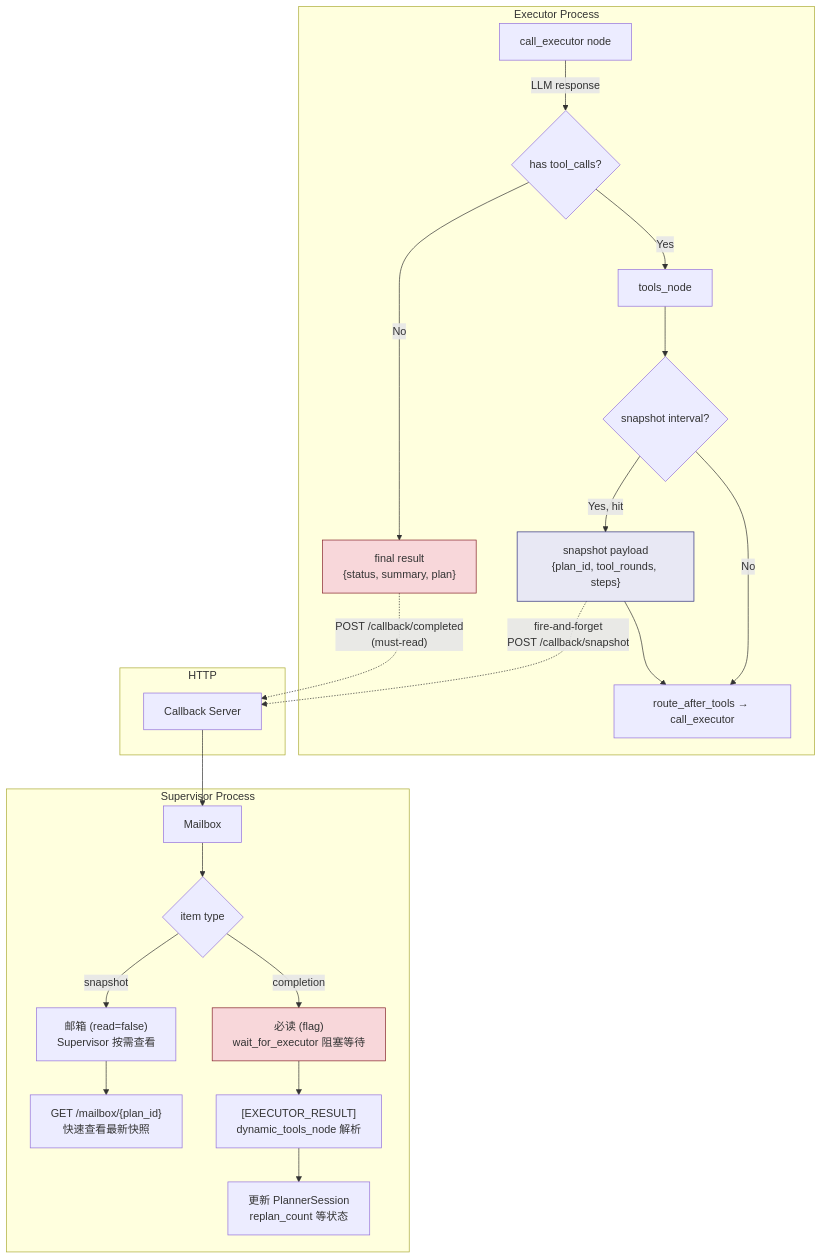
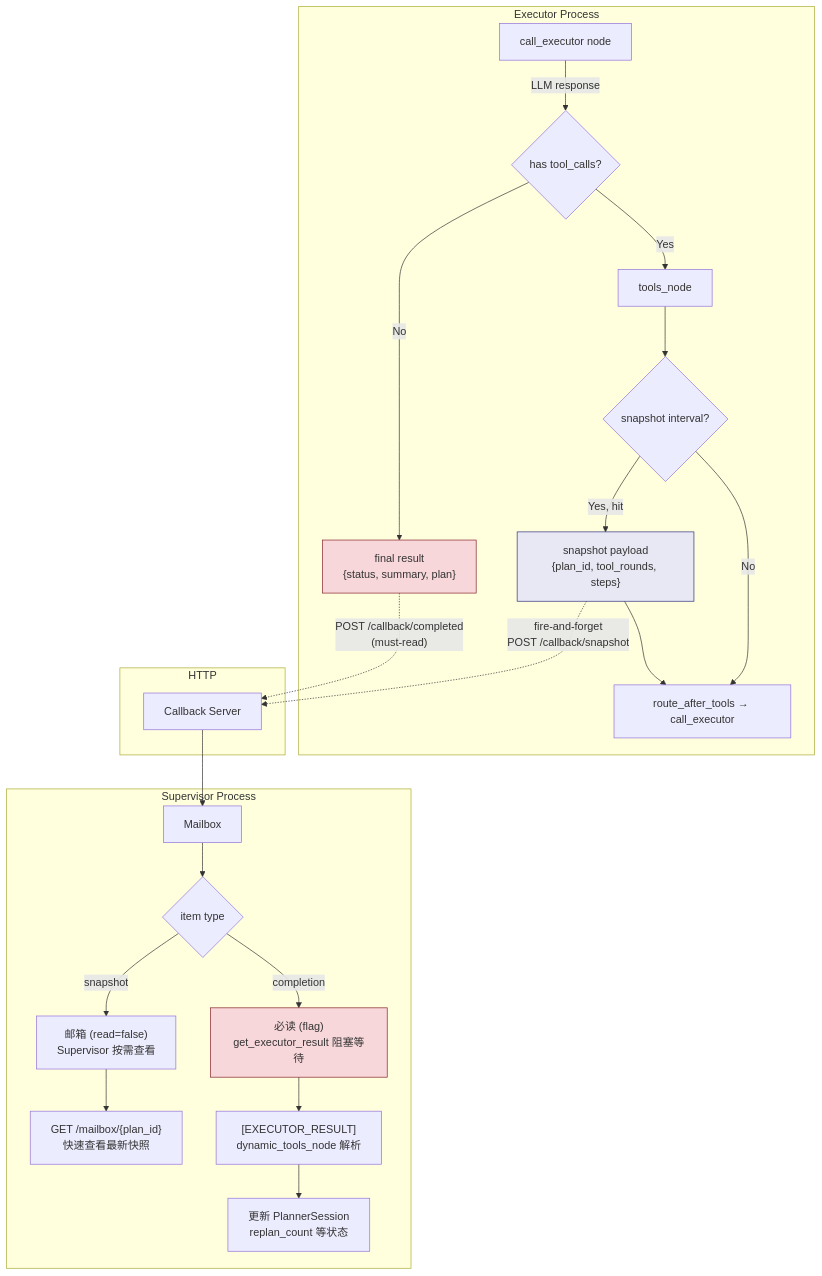
Before and after one commit to Tlaven/agent-triad: the ninth of 9 diagrams in docs/v3-architecture-diagrams.md, drawn with Mermaid. The commit also changed other lines of this file and 10 other files, not shown here.

First line of the commit message:
feat: V3 lifecycle integration + architecture gap remediation (G1-G7)

````diff
--- a/docs/v3-architecture-diagrams.md
+++ b/docs/v3-architecture-diagrams.md
@@ -301,31 +302,31 @@
 ```mermaid
 flowchart TD
     subgraph Executor Process
         A[call_executor node] -->|LLM response| B{has tool_calls?}
         B -->|Yes| C[tools_node]
         C --> D{snapshot interval?}
         D -->|Yes, hit| E["snapshot payload<br/>{plan_id, tool_rounds, steps}"]
         D -->|No| F[route_after_tools → call_executor]
         B -->|No| G["final result<br/>{status, summary, plan}"]
         E --> F
     end
 
     subgraph HTTP
         E -.->|"fire-and-forget<br/>POST /callback/snapshot"| H[Callback Server]
         G -.->|"POST /callback/completed<br/>(must-read)"| H
     end
 
     subgraph Supervisor Process
         H --> I[Mailbox]
         I --> J{item type}
         J -->|snapshot| K["邮箱 (read=false)<br/>Supervisor 按需查看"]
-        J -->|completion| L["必读 (flag)<br/>wait_for_executor 阻塞等待"]
+        J -->|completion| L["必读 (flag)<br/>get_executor_result 阻塞等待"]
         K --> M["GET /mailbox/{plan_id}<br/>快速查看最新快照"]
         L --> N["[EXECUTOR_RESULT]<br/>dynamic_tools_node 解析"]
         N --> O[更新 PlannerSession<br/>replan_count 等状态]
     end
 
     style E fill:#e8e8f4,stroke:#2d2d7d
     style G fill:#f8d7da,stroke:#842029
     style L fill:#f8d7da,stroke:#842029
 ```
````
